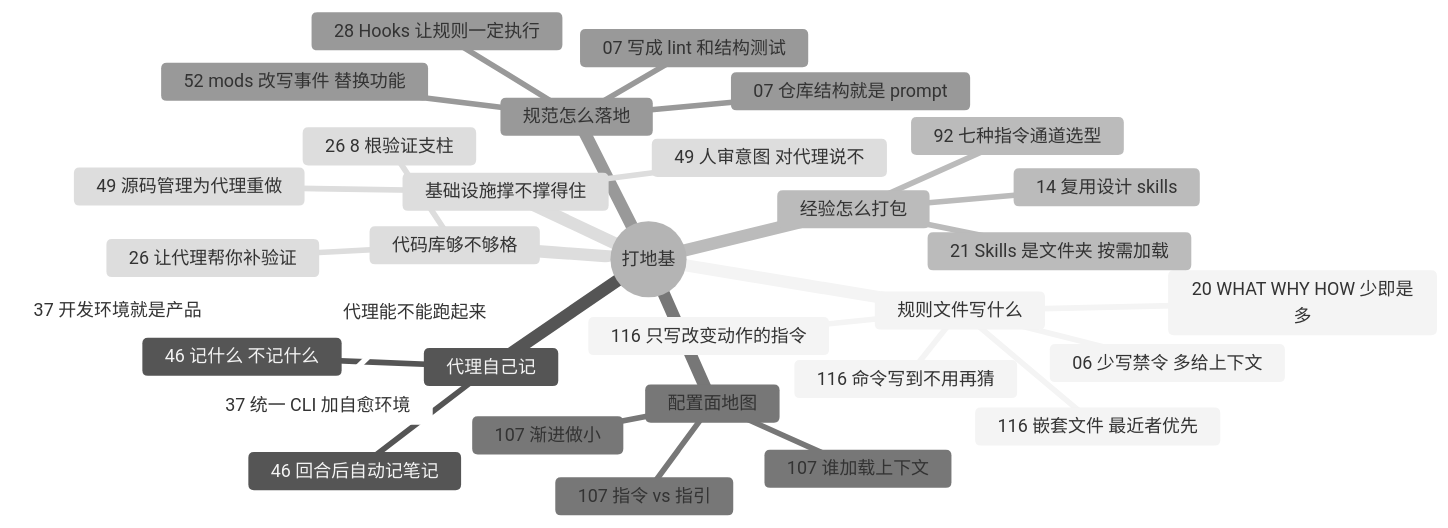
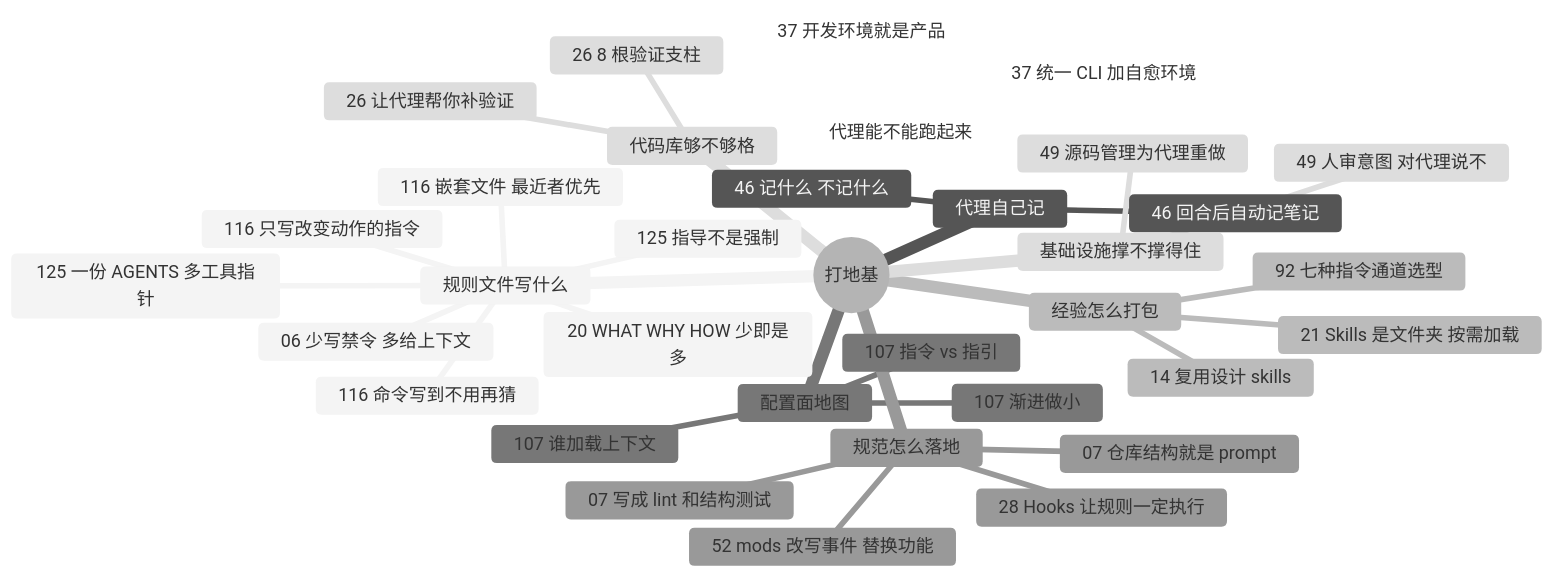
One commit to yzw7489757/ai-coding-videos changed the diagram in docs/guide/foundation.md. Above: the diagram before and after it, drawn with Mermaid (neutral theme). The commit also changed other lines of this file and 16 other files, not shown here.

````diff
--- a/docs/guide/foundation.md
+++ b/docs/guide/foundation.md
@@ -13,35 +13,37 @@
 ```mermaid
 mindmap
   root((打地基))
     规则文件写什么
       20 WHAT WHY HOW 少即是多
       06 少写禁令 多给上下文
+      125 一份 AGENTS 多工具指针
+      125 指导不是强制
       116 只写改变动作的指令
       116 命令写到不用再猜
       116 嵌套文件 最近者优先
     代理自己记
       46 回合后自动记笔记
       46 记什么 不记什么
     经验怎么打包
       21 Skills 是文件夹 按需加载
       14 复用设计 skills
       92 七种指令通道选型
     配置面地图
       107 指令 vs 指引
       107 谁加载上下文
       107 渐进做小
     规范怎么落地
       07 写成 lint 和结构测试
       07 仓库结构就是 prompt
       28 Hooks 让规则一定执行
       52 mods 改写事件 替换功能
     代码库够不够格
       26 8 根验证支柱
       26 让代理帮你补验证
     代理能不能跑起来
       37 开发环境就是产品
       37 统一 CLI 加自愈环境
     基础设施撑不撑得住
       49 源码管理为代理重做
       49 人审意图 对代理说不
 ```
````
